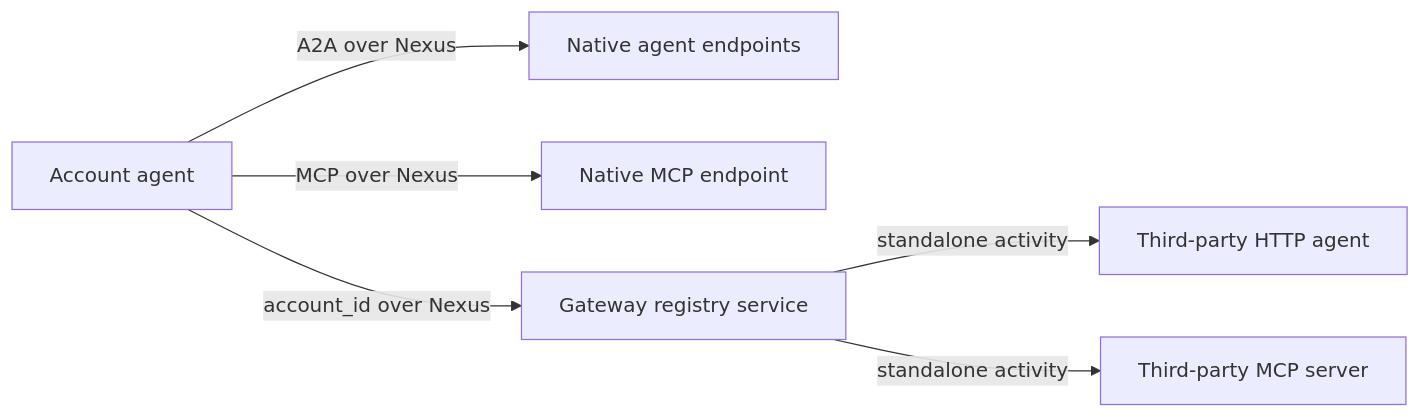
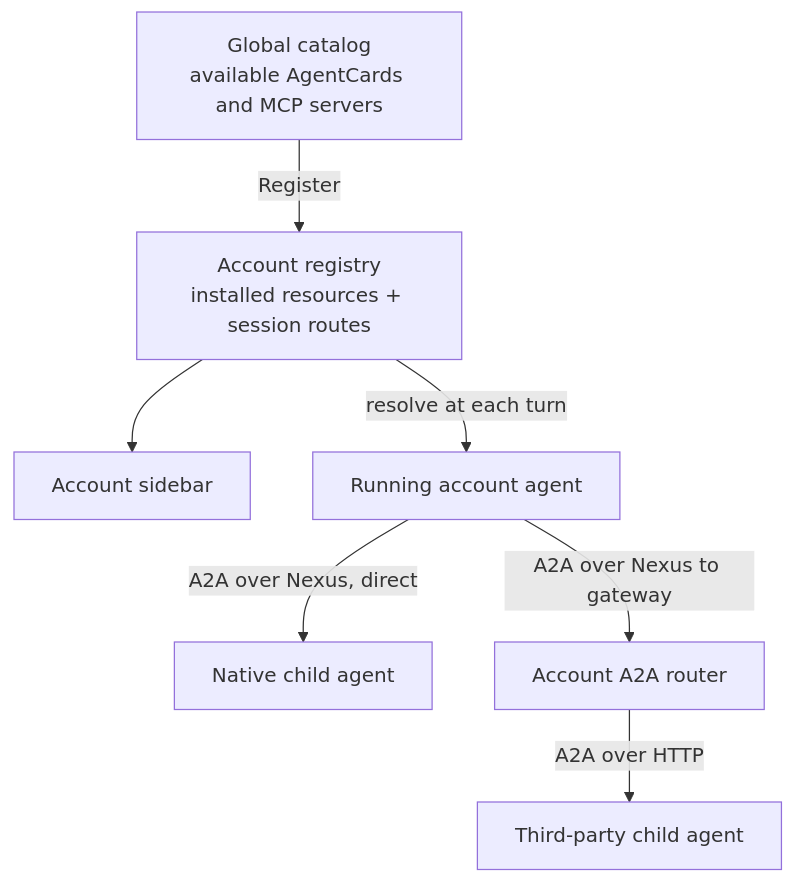
Before and after one commit to temporal-community/temporal-agent-harness: the third of 6 diagrams in examples/nexus_hello/README.md, drawn with Mermaid. The commit also changed other lines of this file and 40 other files, not shown here.

Commit message:
Add catalog-driven dynamic account toolbox

````diff
--- a/examples/nexus_hello/README.md
+++ b/examples/nexus_hello/README.md
@@ -92,9 +81,14 @@
 ```mermaid
-flowchart LR
-    Agent[Account agent]
-    Agent -->|A2A over Nexus| NativeAgents[Native agent endpoints]
-    Agent -->|MCP over Nexus| NativeMCP[Native MCP endpoint]
-    Agent -->|account_id over Nexus| Registry[Gateway registry service]
-    Registry -->|standalone activity| HTTPAgent[Third-party HTTP agent]
-    Registry -->|standalone activity| HTTPMCP[Third-party MCP server]
+flowchart TB
+    Catalog[Global catalog<br/>available AgentCards and MCP servers]
+    Registry[Account registry<br/>installed resources + session routes]
+    UI[Account sidebar]
+    Agent[Running account agent]
+
+    Catalog -->|Register| Registry
+    Registry --> UI
+    Registry -->|resolve at each turn| Agent
+    Agent -->|A2A over Nexus, direct| Native[Native child agent]
+    Agent -->|A2A over Nexus to gateway| Router[Account A2A router]
+    Router -->|A2A over HTTP| ThirdParty[Third-party child agent]
 ```
````
